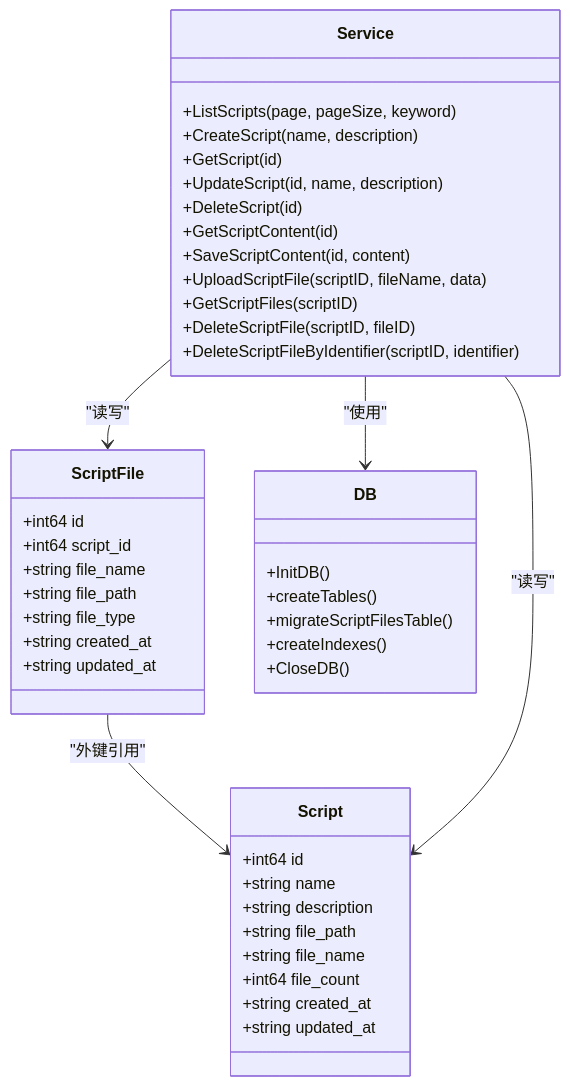
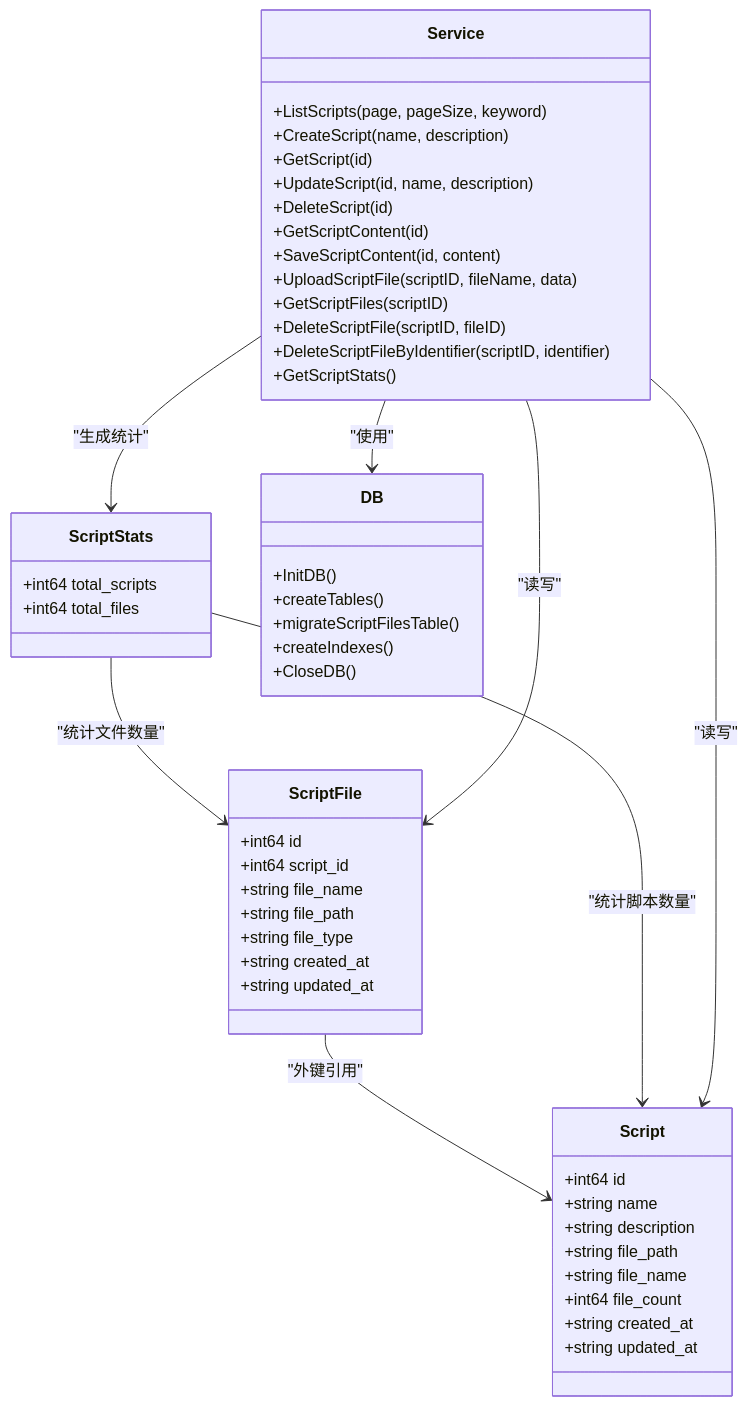
One commit to Liyuhao02/Jmeter-Admin changed the fourth of 4 diagrams in .qoder/repowiki/zh/content/核心业务模块/脚本管理系统/脚本数据模型.md. Above: the diagram before and after it, drawn with Mermaid. The commit also changed other lines of this file and 6 other files, not shown here.

````diff
--- a/.qoder/repowiki/zh/content/核心业务模块/脚本管理系统/脚本数据模型.md
+++ b/.qoder/repowiki/zh/content/核心业务模块/脚本管理系统/脚本数据模型.md
@@ -278,46 +326,54 @@
 ```mermaid
 classDiagram
 class Script {
 +int64 id
 +string name
 +string description
 +string file_path
 +string file_name
 +int64 file_count
 +string created_at
 +string updated_at
 }
 class ScriptFile {
 +int64 id
 +int64 script_id
 +string file_name
 +string file_path
 +string file_type
 +string created_at
 +string updated_at
 }
+class ScriptStats {
++int64 total_scripts
++int64 total_files
+}
 class DB {
 +InitDB()
 +createTables()
 +migrateScriptFilesTable()
 +createIndexes()
 +CloseDB()
 }
 class Service {
 +ListScripts(page, pageSize, keyword)
 +CreateScript(name, description)
 +GetScript(id)
 +UpdateScript(id, name, description)
 +DeleteScript(id)
 +GetScriptContent(id)
 +SaveScriptContent(id, content)
 +UploadScriptFile(scriptID, fileName, data)
 +GetScriptFiles(scriptID)
 +DeleteScriptFile(scriptID, fileID)
 +DeleteScriptFileByIdentifier(scriptID, identifier)
++GetScriptStats()
 }
 ScriptFile --> Script : "外键引用"
+ScriptStats --> Script : "统计脚本数量"
+ScriptStats --> ScriptFile : "统计文件数量"
 Service --> DB : "使用"
 Service --> Script : "读写"
 Service --> ScriptFile : "读写"
+Service --> ScriptStats : "生成统计"
 ```
````
